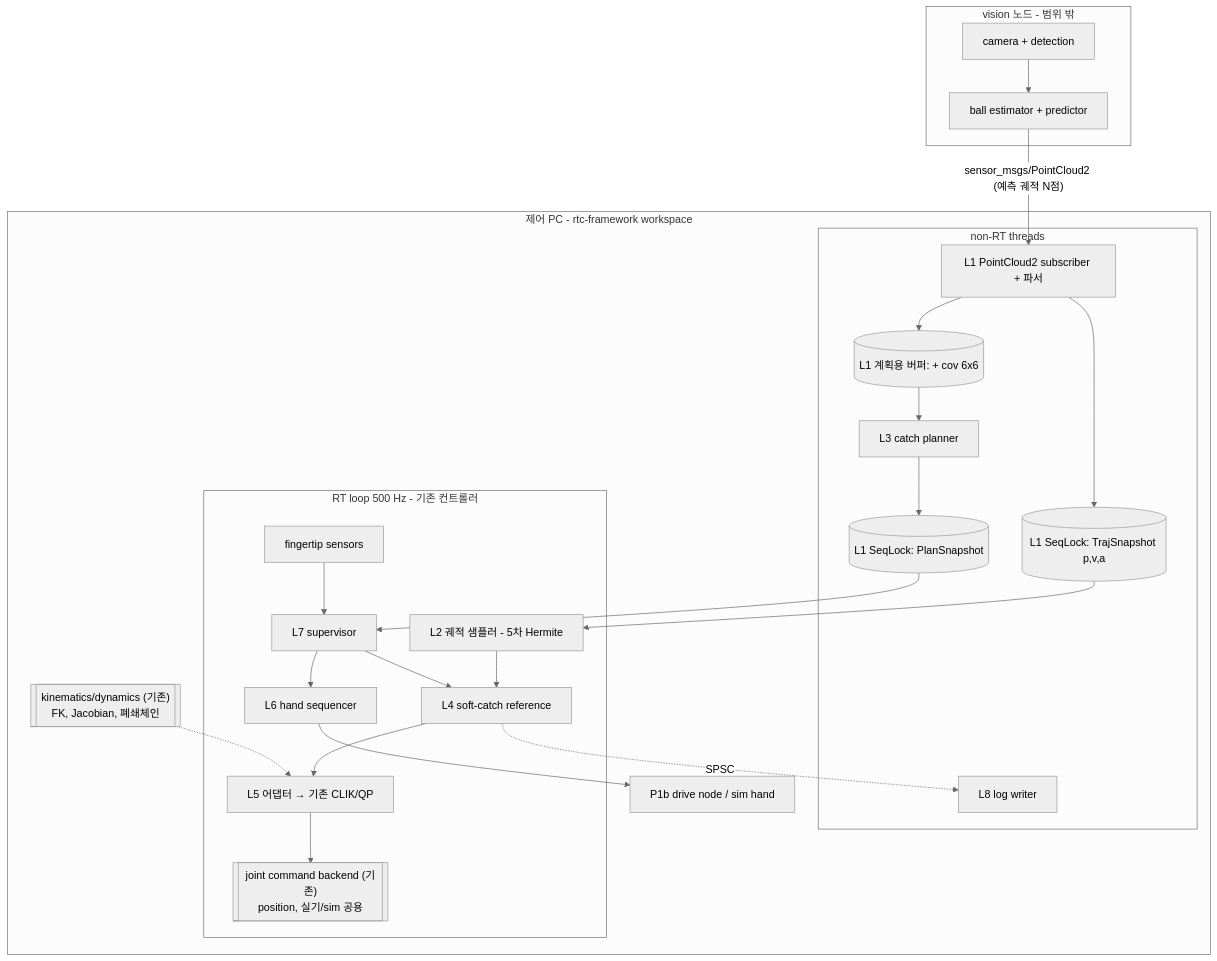
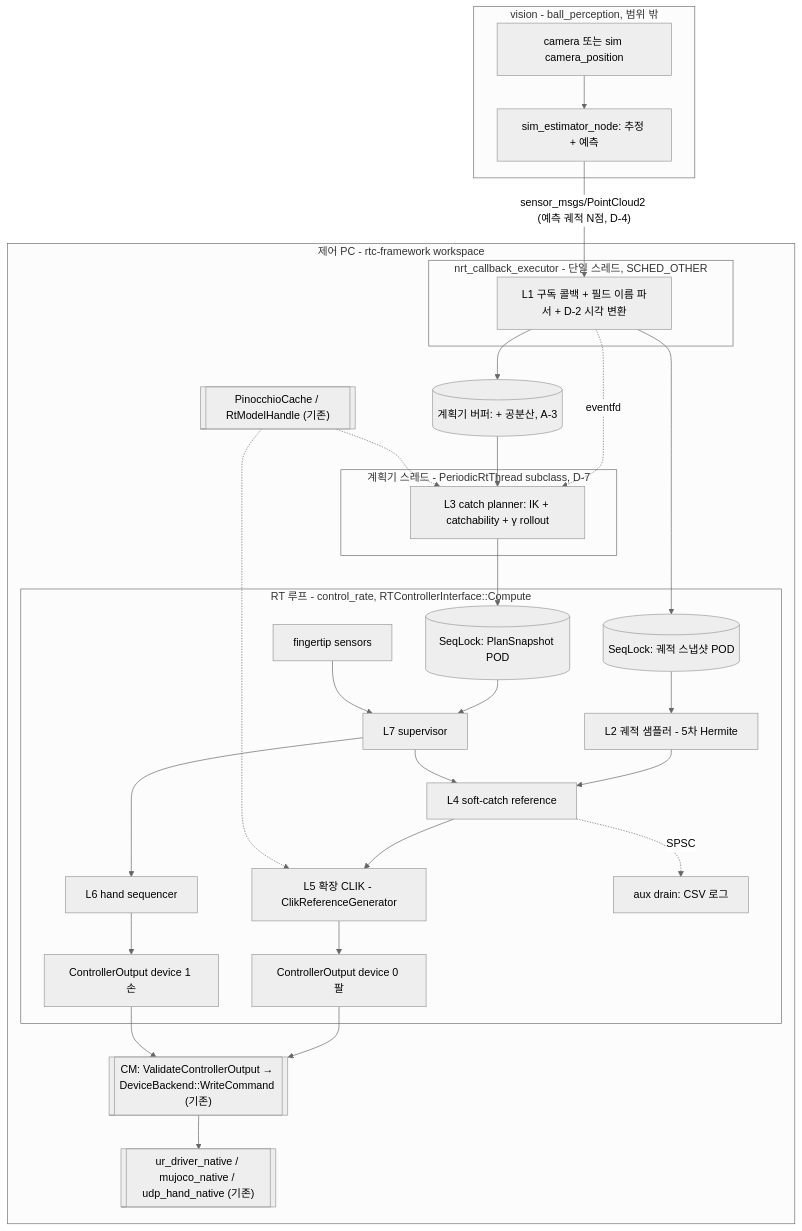
One commit to hyujun/rtc-framework changed the diagram in docs/dynamic_catching/CATCHING_MASTER.md. Above: the diagram before and after it, drawn with Mermaid (neutral theme). The commit also changed other lines of this file and 12 other files, not shown here.

````diff
--- a/docs/dynamic_catching/CATCHING_MASTER.md
+++ b/docs/dynamic_catching/CATCHING_MASTER.md
@@ -80,29 +92,38 @@
 ```mermaid
 flowchart TB
-  subgraph VPC[vision 노드 - 범위 밖]
-    CAM[camera + detection] --> EKF[ball estimator + predictor]
+  subgraph VPC[vision - ball_perception, 범위 밖]
+    CAM[camera 또는 sim camera_position] --> EKF[sim_estimator_node: 추정 + 예측]
   end
-  EKF -- "sensor_msgs/PointCloud2 (예측 궤적 N점)" --> SUB
+  EKF -- "sensor_msgs/PointCloud2 (예측 궤적 N점, D-4)" --> SUB
   subgraph CPC[제어 PC - rtc-framework workspace]
-    subgraph NRT[non-RT threads]
-      SUB[L1 PointCloud2 subscriber + 파서] --> TB[(L1 SeqLock: TrajSnapshot p,v,a)]
-      SUB --> CB[(L1 계획용 버퍼: + cov 6x6)]
-      CB --> PL[L3 catch planner]
-      PL --> PB[(L1 SeqLock: PlanSnapshot)]
-      LOGW[L8 log writer]
+    subgraph NRT[nrt_callback_executor - 단일 스레드, SCHED_OTHER]
+      SUB[L1 구독 콜백 + 필드 이름 파서 + D-2 시각 변환]
     end
-    subgraph RT[RT loop 500 Hz - 기존 컨트롤러]
+    SUB --> TB[(SeqLock: 궤적 스냅샷 POD)]
+    SUB --> CB[(계획기 버퍼: + 공분산, A-3)]
+    SUB -. eventfd .-> PL
+    subgraph PLT[계획기 스레드 - PeriodicRtThread subclass, D-7]
+      PL[L3 catch planner: IK + catchability + γ rollout]
+    end
+    CB --> PL
+    PL --> PB[(SeqLock: PlanSnapshot POD)]
+    subgraph RT[RT 루프 - control_rate, RTControllerInterface::Compute]
       TB --> SM[L2 궤적 샘플러 - 5차 Hermite]
       PB --> SV[L7 supervisor]
       SM --> REF[L4 soft-catch reference]
       SV --> REF
-      REF --> IK[L5 어댑터 → 기존 CLIK/QP]
+      REF --> IK[L5 확장 CLIK - ClikReferenceGenerator]
       SV --> HS[L6 hand sequencer]
       FT[fingertip sensors] --> SV
-      IK --> BE[["joint command backend (기존)<br/>position, 실기/sim 공용"]]
+      IK --> OUT[ControllerOutput device 0 팔]
+      HS --> OUTH[ControllerOutput device 1 손]
       REF -. SPSC .-> LOGW
     end
-    KIN[["kinematics/dynamics (기존)<br/>FK, Jacobian, 폐쇄체인"]] -.-> IK
-    HS --> HAND[P1b drive node / sim hand]
+    OUT --> CM[["CM: ValidateControllerOutput → DeviceBackend::WriteCommand (기존)"]]
+    OUTH --> CM
+    CM --> BE[["ur_driver_native / mujoco_native / udp_hand_native (기존)"]]
+    KIN[["PinocchioCache / RtModelHandle (기존)"]] -.-> IK
+    KIN -.-> PL
+    LOGW[aux drain: CSV 로그]
   end
 ```
````
